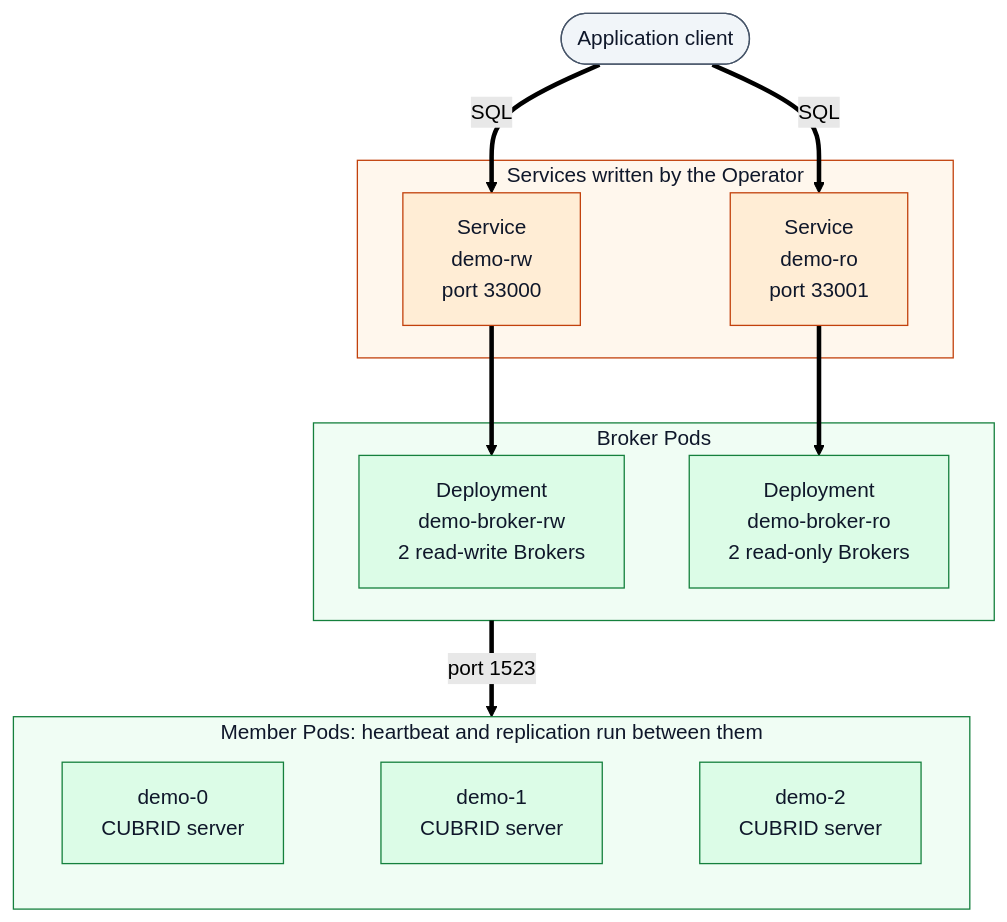
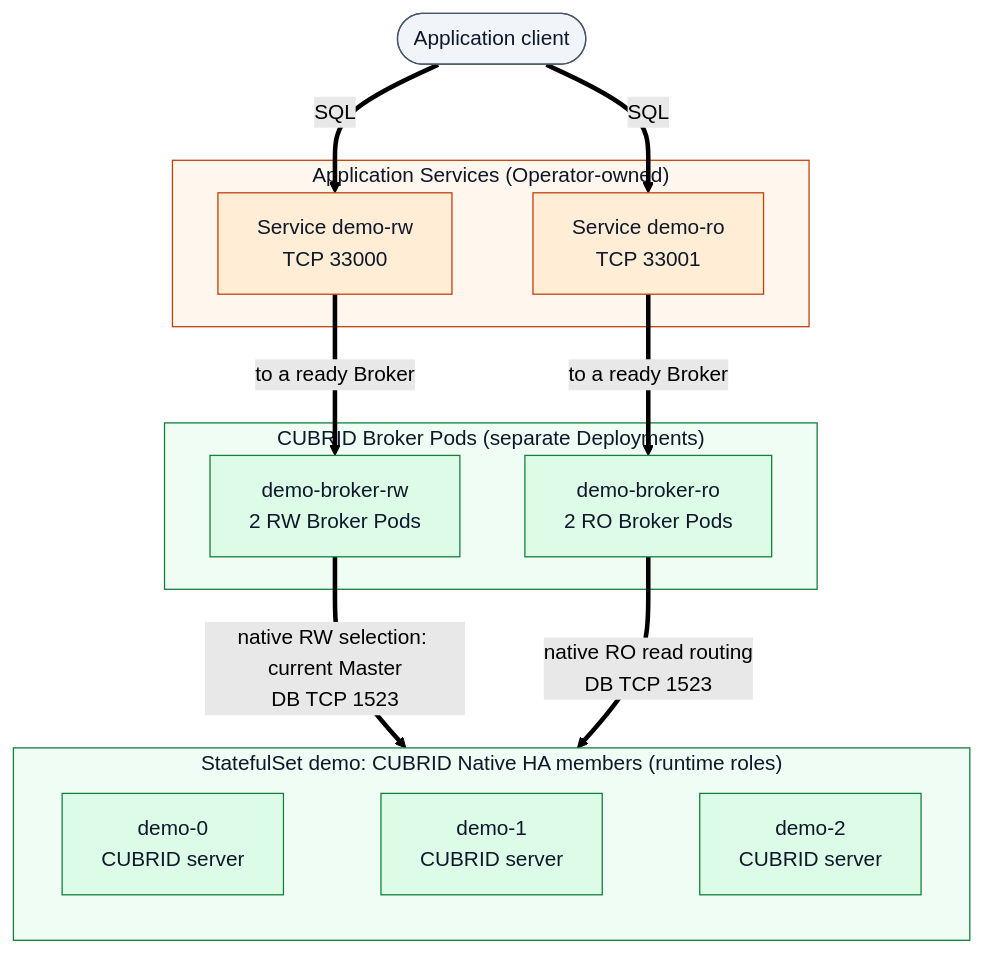
The second of 2 diagrams in docs/architecture/topology.md (cubrid-lab/cubrid-kubernetes-operator), drawn with Mermaid (forest theme) before and after one commit. The commit also changed other lines of this file, not shown here.

Commit message:
docs(architecture): establish a canonical HA topology across control and SQL paths

````diff
--- a/docs/architecture/topology.md
+++ b/docs/architecture/topology.md
@@ -66,37 +76,38 @@
 ```mermaid
 flowchart TB
     client(["Application client"]):::ext
 
-    subgraph svcs["Services written by the Operator"]
-        rw["Service<br/>demo-rw<br/>port 33000"]:::op
-        ro["Service<br/>demo-ro<br/>port 33001"]:::op
+    subgraph services["Application Services (Operator-owned)"]
+        rw["Service demo-rw<br/>TCP 33000"]:::op
+        ro["Service demo-ro<br/>TCP 33001"]:::op
     end
 
-    subgraph brokers["Broker Pods"]
-        brw["Deployment<br/>demo-broker-rw<br/>2 read-write Brokers"]:::cubrid
-        bro["Deployment<br/>demo-broker-ro<br/>2 read-only Brokers"]:::cubrid
+    subgraph brokerPods["CUBRID Broker Pods (separate Deployments)"]
+        brw["demo-broker-rw<br/>2 RW Broker Pods"]:::cubrid
+        bro["demo-broker-ro<br/>2 RO Broker Pods"]:::cubrid
     end
 
-    subgraph members["Member Pods: heartbeat and replication run between them"]
+    subgraph dbMembers["StatefulSet demo: CUBRID Native HA members (runtime roles)"]
         direction LR
         m0["demo-0<br/>CUBRID server"]:::cubrid
         m1["demo-1<br/>CUBRID server"]:::cubrid
         m2["demo-2<br/>CUBRID server"]:::cubrid
         m0 ~~~ m1 ~~~ m2
     end
 
     client == "SQL" ==> rw
     client == "SQL" ==> ro
-    rw ==> brw
-    ro ==> bro
-    brokers == "port 1523" ==> members
+    rw == "to a ready Broker" ==> brw
+    ro == "to a ready Broker" ==> bro
+    brw == "native RW selection: current Master<br/>DB TCP 1523" ==> dbMembers
+    bro == "native RO read routing<br/>DB TCP 1523" ==> dbMembers
 
     classDef k8s fill:#dbeafe,stroke:#1d4ed8,color:#0f172a
     classDef op fill:#ffedd5,stroke:#c2410c,color:#0f172a
     classDef cubrid fill:#dcfce7,stroke:#15803d,color:#0f172a
     classDef ext fill:#f1f5f9,stroke:#475569,color:#0f172a
 
-    style svcs fill:#fff7ed,stroke:#c2410c,color:#0f172a
-    style brokers fill:#f0fdf4,stroke:#15803d,color:#0f172a
-    style members fill:#f0fdf4,stroke:#15803d,color:#0f172a
+    style services fill:#fff7ed,stroke:#c2410c,color:#0f172a
+    style brokerPods fill:#f0fdf4,stroke:#15803d,color:#0f172a
+    style dbMembers fill:#f0fdf4,stroke:#15803d,color:#0f172a
 ```
````
